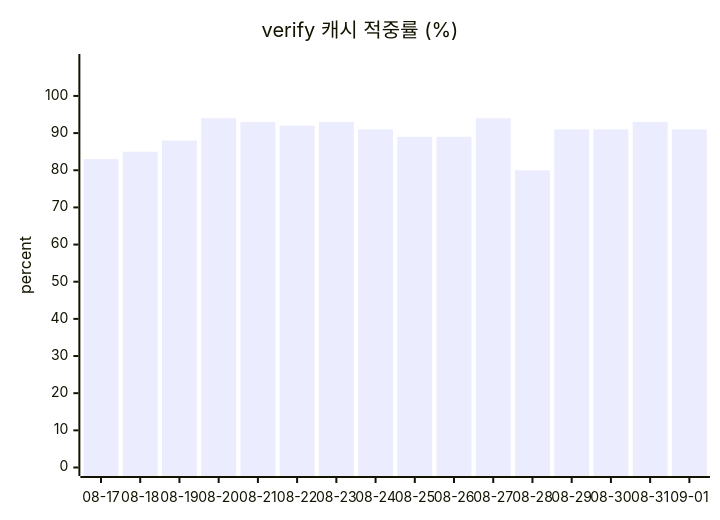
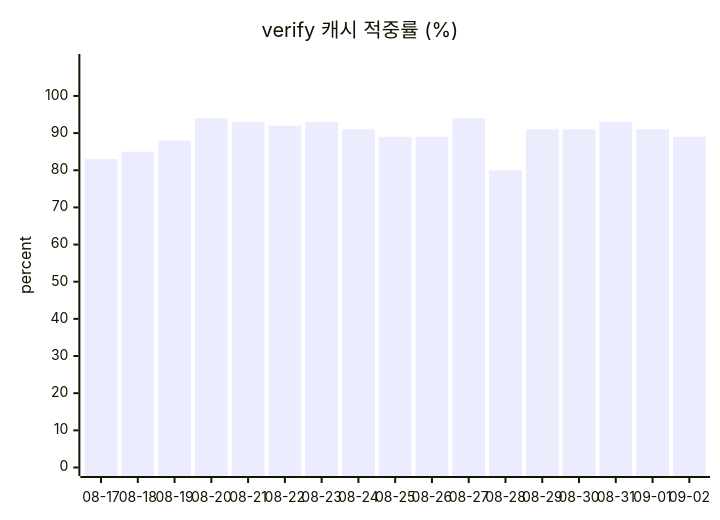
Before and after one commit to userri/PinQ-backend: the second of 2 diagrams in docs/data/token-usage.md, drawn with Mermaid. The commit also changed other lines of this file and 3 other files, not shown here.

````diff
--- a/docs/data/token-usage.md
+++ b/docs/data/token-usage.md
@@ -94,7 +97,7 @@
 ```mermaid
 xychart-beta
     title "verify 캐시 적중률 (%)"
-    x-axis ["08-17", "08-18", "08-19", "08-20", "08-21", "08-22", "08-23", "08-24", "08-25", "08-26", "08-27", "08-28", "08-29", "08-30", "08-31", "09-01"]
+    x-axis ["08-17", "08-18", "08-19", "08-20", "08-21", "08-22", "08-23", "08-24", "08-25", "08-26", "08-27", "08-28", "08-29", "08-30", "08-31", "09-01", "09-02"]
     y-axis "percent" 0 --> 109
-    bar [83, 85, 88, 94, 93, 92, 93, 91, 89, 89, 94, 80, 91, 91, 93, 91]
+    bar [83, 85, 88, 94, 93, 92, 93, 91, 89, 89, 94, 80, 91, 91, 93, 91, 89]
 ```
````
